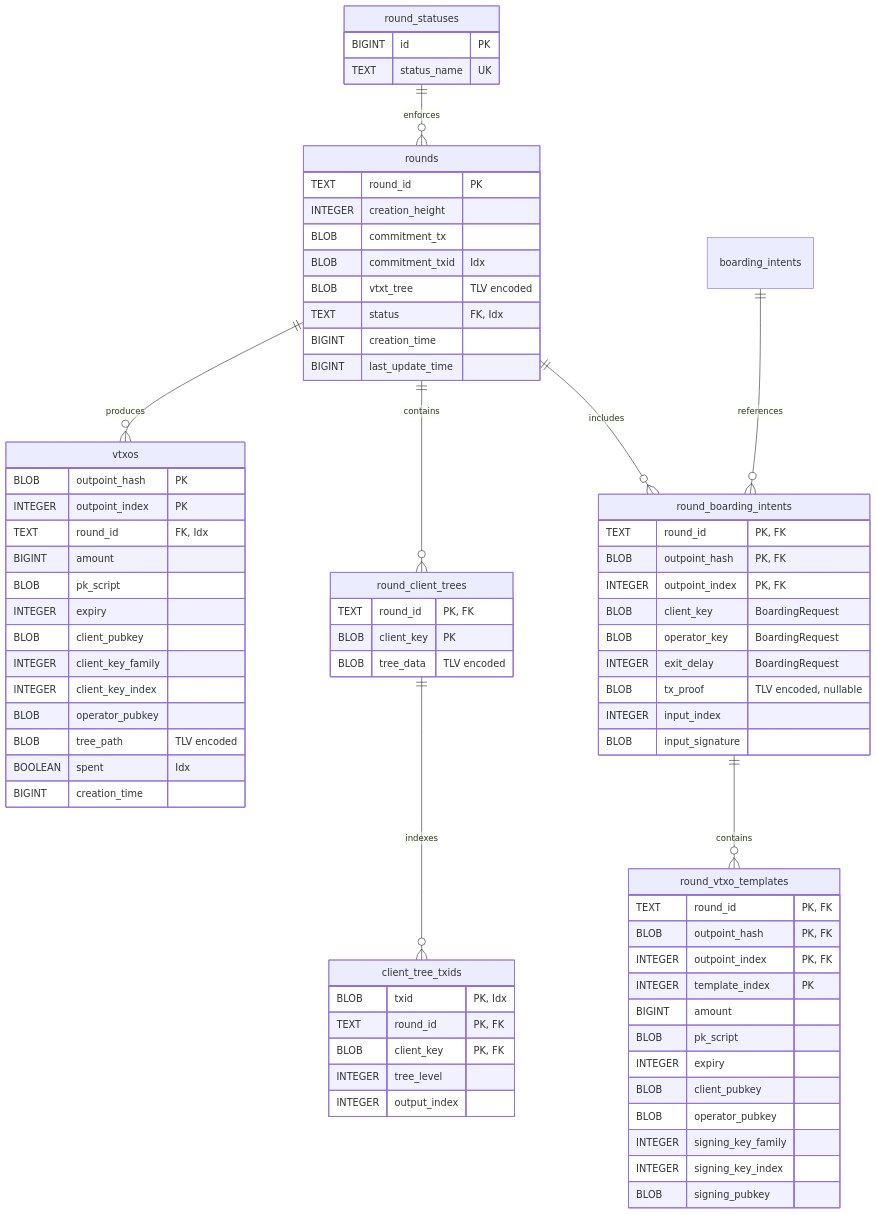
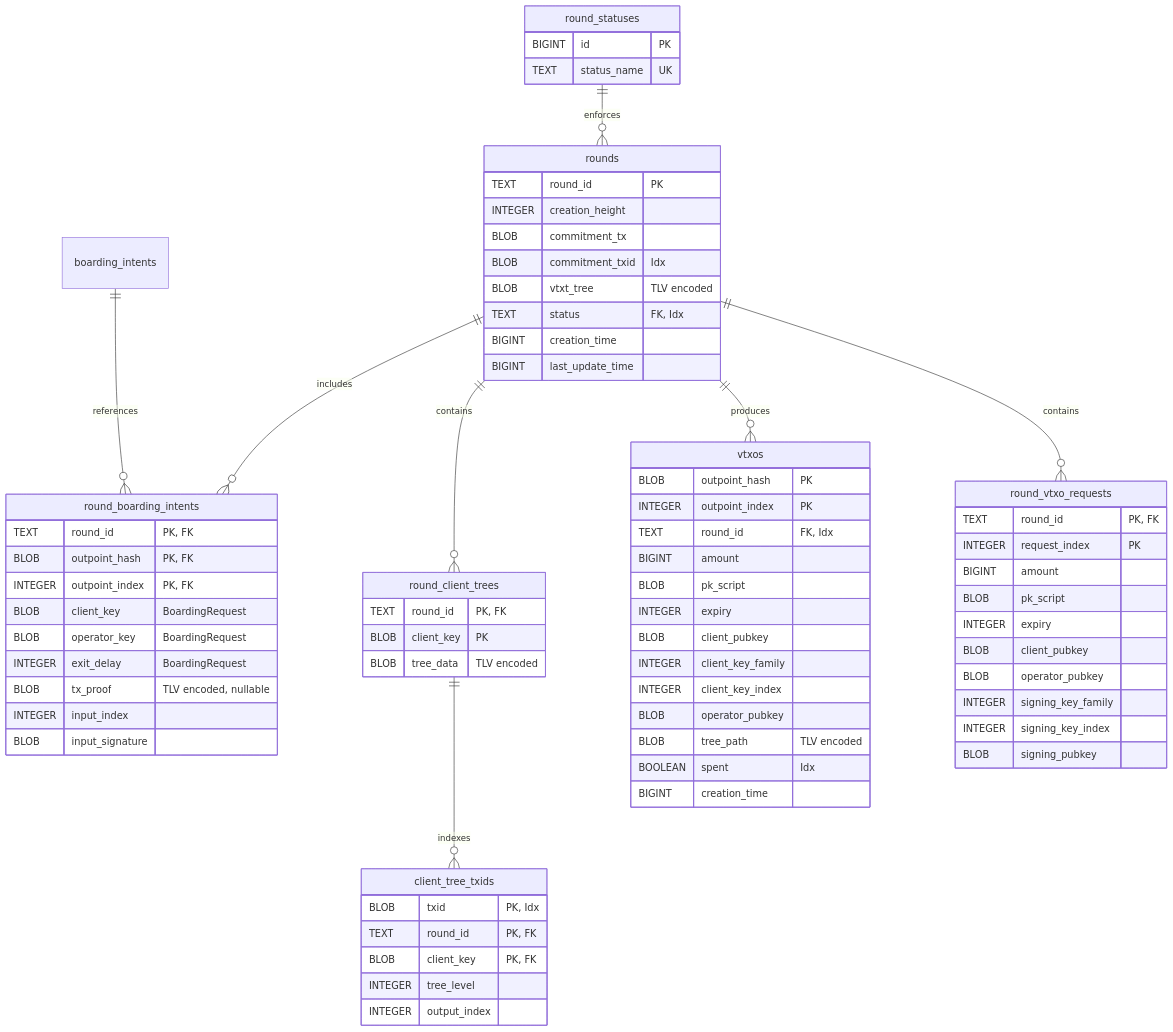
The diagram in db/round_persistence.md (lightninglabs/wavelength), drawn with Mermaid before and after one commit. The commit also changed other lines of this file and 9 other files, not shown here.

First line of the commit message:
db: decouple VTXO request storage from boarding intents

```diff
--- a/db/round_persistence.md
+++ b/db/round_persistence.md
@@ -47,7 +47,7 @@
     rounds ||--o{ round_client_trees : "contains"
     rounds ||--o{ vtxos : "produces"
     boarding_intents ||--o{ round_boarding_intents : "references"
-    round_boarding_intents ||--o{ round_vtxo_templates : "contains"
+    rounds ||--o{ round_vtxo_requests : "contains"
     round_client_trees ||--o{ client_tree_txids : "indexes"
 
     round_statuses {
@@ -78,11 +78,9 @@
         BLOB input_signature
     }
 
-    round_vtxo_templates {
+    round_vtxo_requests {
         TEXT round_id "PK, FK"
-        BLOB outpoint_hash "PK, FK"
-        INTEGER outpoint_index "PK, FK"
-        INTEGER template_index "PK"
+        INTEGER request_index "PK"
         BIGINT amount
         BLOB pk_script
         INTEGER expiry
```
